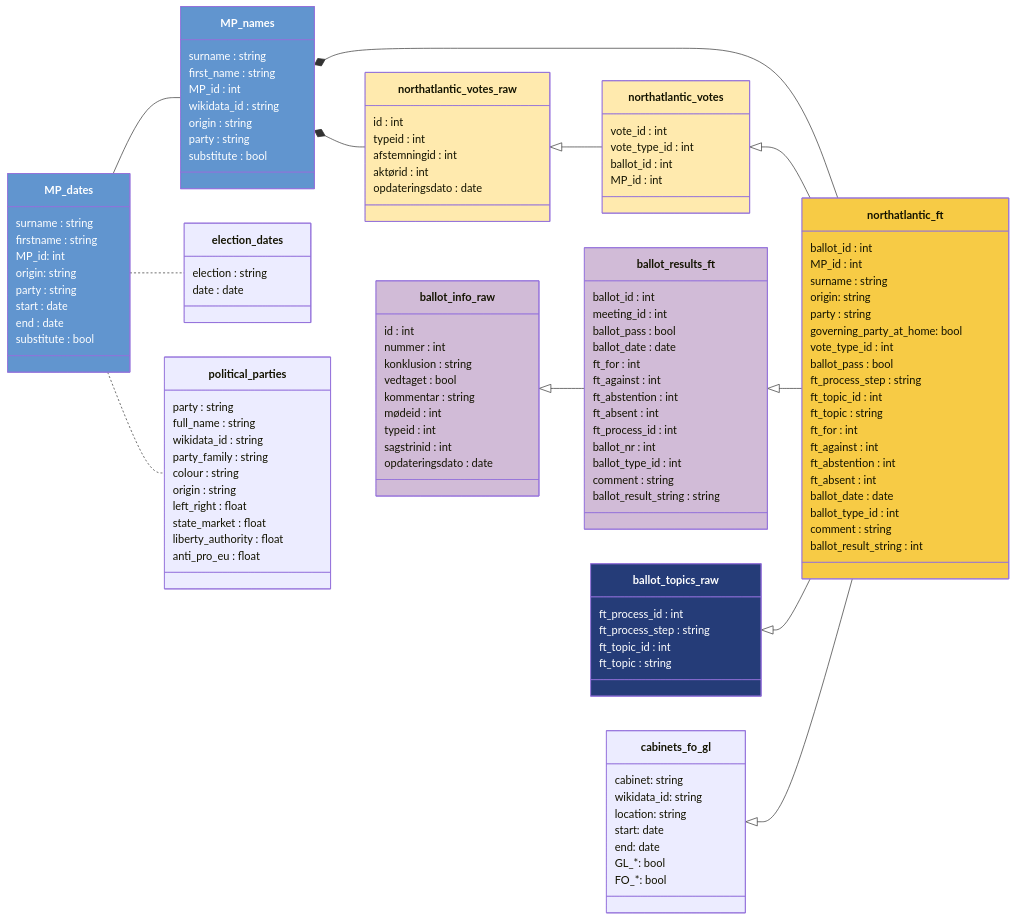
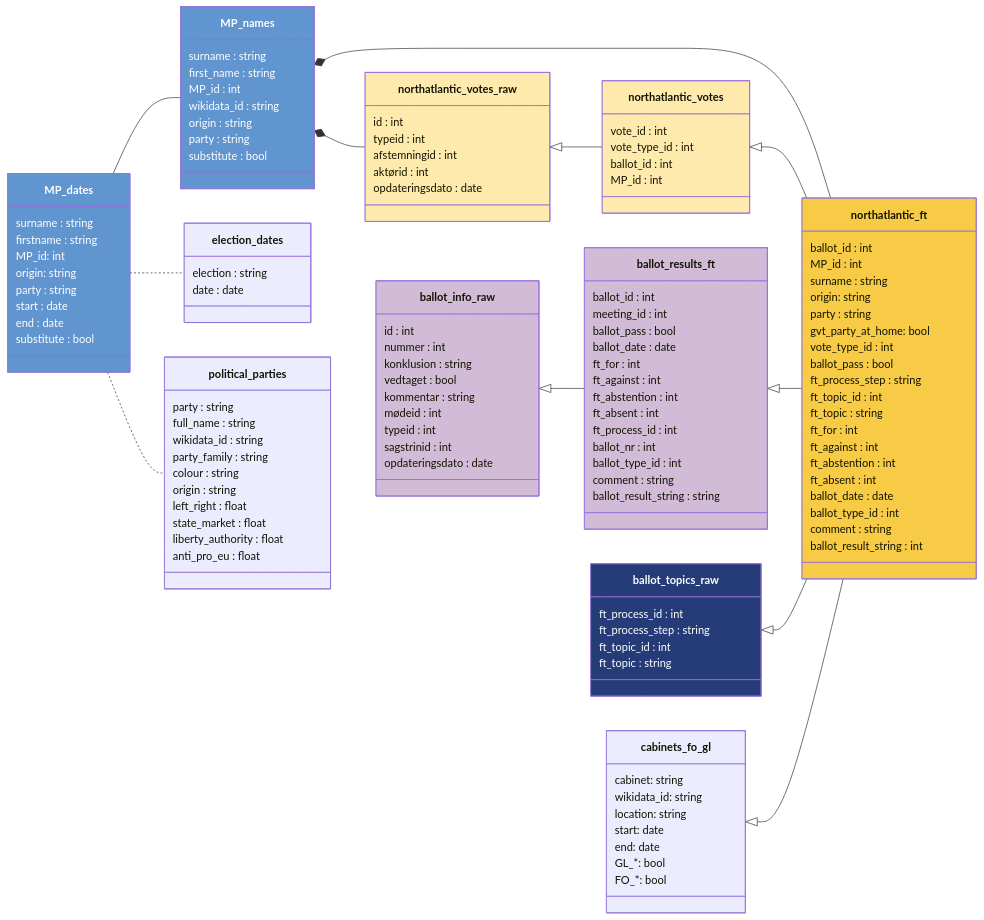
The diagram in docs/codebook.qmd (mtwente/nordatlantisk-ft), drawn with Mermaid before and after one commit. The commit also changed other lines of this file and 2 other files, not shown here.

```diff
--- a/docs/codebook.qmd
+++ b/docs/codebook.qmd
@@ -157,7 +157,7 @@
         surname : string
         origin: string
         party : string
-        governing_party_at_home: bool
+        gvt_party_at_home: bool
         vote_type_id : int
         ballot_pass : bool
         ft_process_step : string
```
